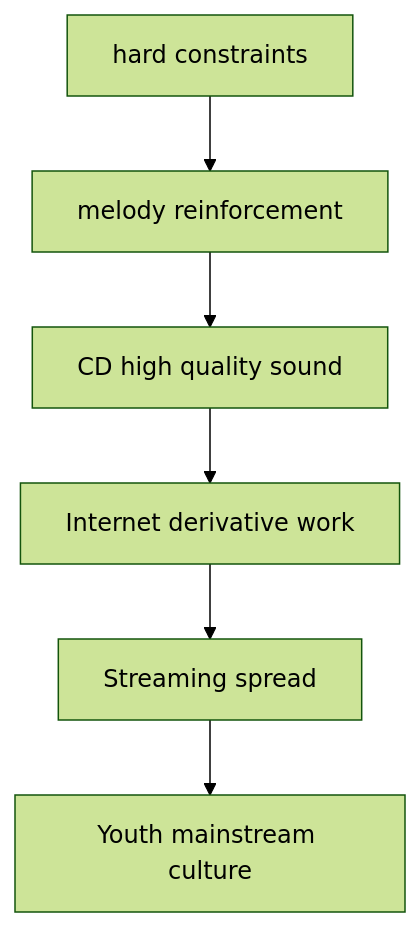
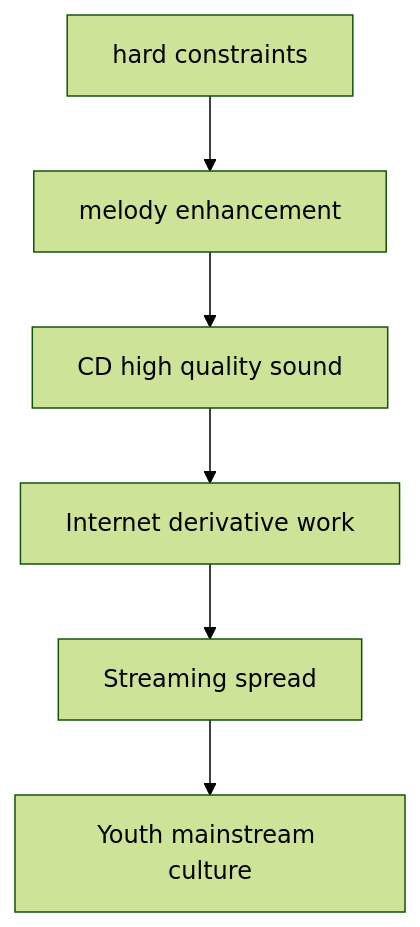
One commit to monumental-movement/monumental-movement.github.io changed the second of 2 diagrams in en/_posts/2026-03-01-column-game-music-youth-culture.md. Above: the diagram before and after it, drawn with Mermaid (forest theme). The commit also changed other lines of this file and 497 other files, not shown here.

```diff
--- a/en/_posts/2026-03-01-column-game-music-youth-culture.md
+++ b/en/_posts/2026-03-01-column-game-music-youth-culture.md
@@ -179,8 +179,8 @@
 <div class="mermaid">
 flowchart TD
-    A[hard constraints] --> B[melody reinforcement]
+    A[hard constraints] --> B[melody enhancement]
     B --> C[CD high quality sound]
     C --> D[Internet derivative work]
     D --> E[Streaming spread]
     E --> F[Youth mainstream culture]
 </div>
```
